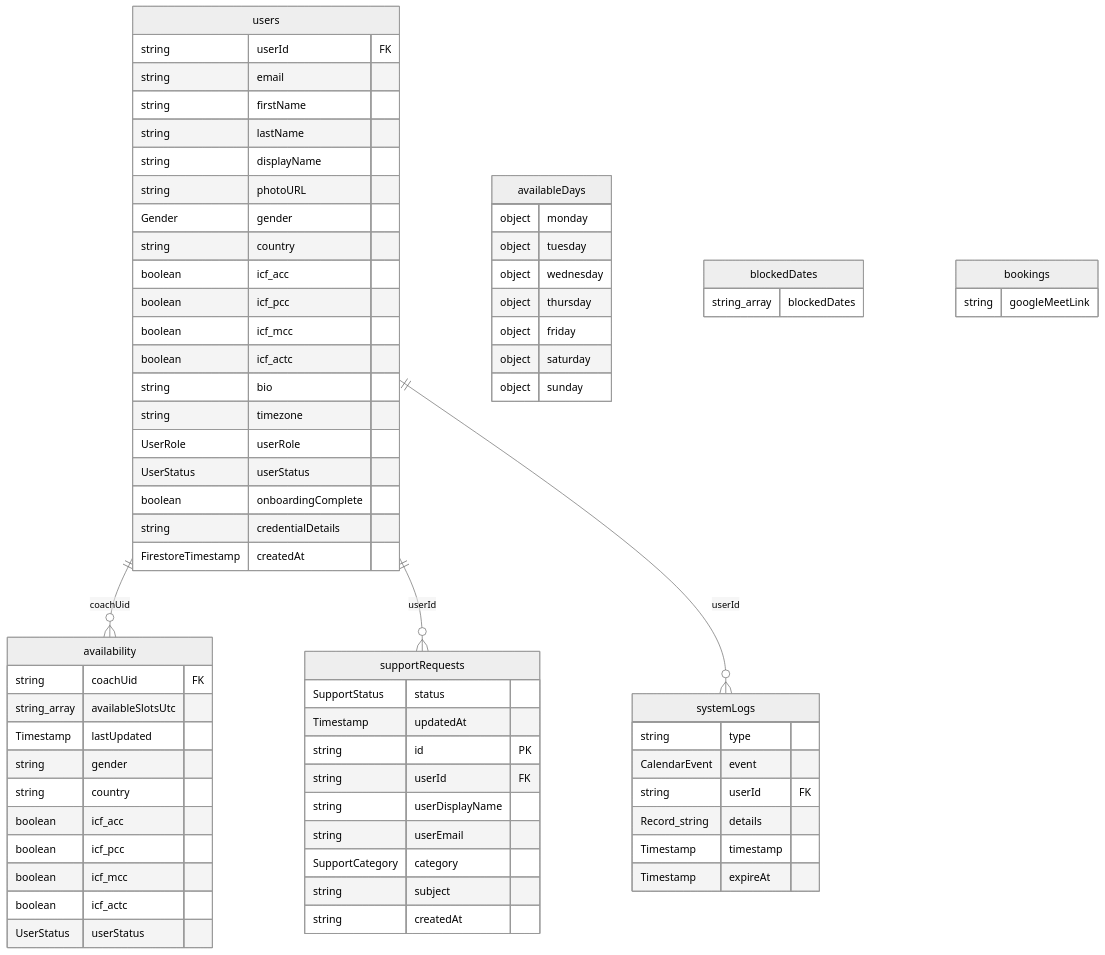
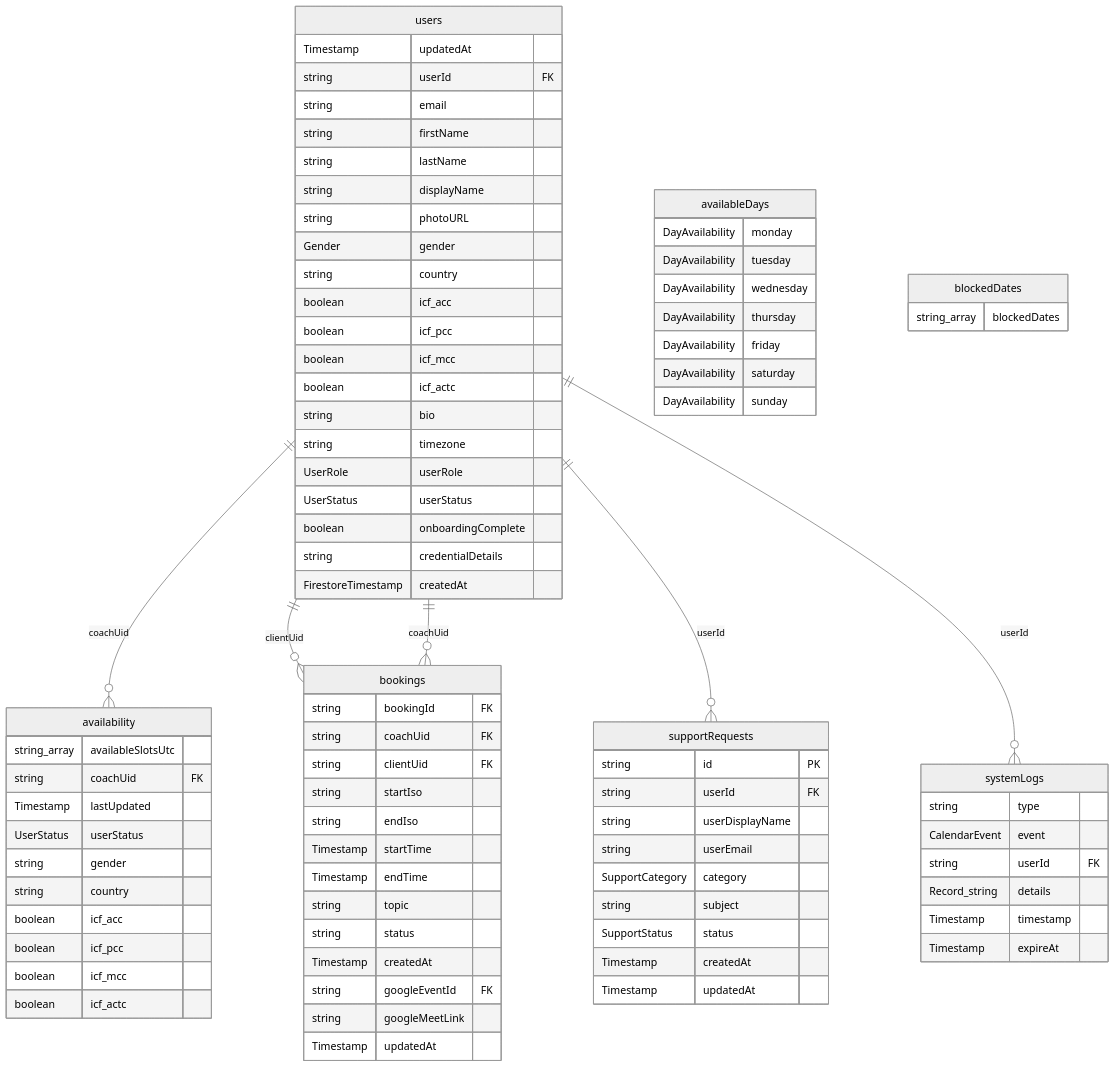
One commit to premkumar-masilamani/peer-coaching-network changed the diagram in docs/schema-erd.md. Above: the diagram before and after it, drawn with Mermaid (neutral theme). The commit also changed other lines of this file and 1 other file, not shown here.

Commit message:
fix: improve ERD parser to detect Admin SDK writes and connect bookings to users

````diff
--- a/docs/schema-erd.md
+++ b/docs/schema-erd.md
@@ -11,30 +11,32 @@
 ```mermaid
 erDiagram
     users ||--o{ availability : "coachUid"
+    users ||--o{ bookings : "clientUid"
+    users ||--o{ bookings : "coachUid"
     users ||--o{ supportRequests : "userId"
     users ||--o{ systemLogs : "userId"
 
     availability {
+        string_array availableSlotsUtc
         string coachUid FK
-        string_array availableSlotsUtc
         Timestamp lastUpdated
+        UserStatus userStatus
         string gender
         string country
         boolean icf_acc
         boolean icf_pcc
         boolean icf_mcc
         boolean icf_actc
-        UserStatus userStatus
     }
 
     availableDays {
-        object monday
-        object tuesday
-        object wednesday
-        object thursday
-        object friday
-        object saturday
-        object sunday
+        DayAvailability monday
+        DayAvailability tuesday
+        DayAvailability wednesday
+        DayAvailability thursday
+        DayAvailability friday
+        DayAvailability saturday
+        DayAvailability sunday
     }
 
     blockedDates {
@@ -42,19 +44,31 @@
     }
 
     bookings {
+        string bookingId FK
+        string coachUid FK
+        string clientUid FK
+        string startIso
+        string endIso
+        Timestamp startTime
+        Timestamp endTime
+        string topic
+        string status
+        Timestamp createdAt
+        string googleEventId FK
         string googleMeetLink
+        Timestamp updatedAt
     }
 
     supportRequests {
-        SupportStatus status
-        Timestamp updatedAt
         string id PK
         string userId FK
         string userDisplayName
         string userEmail
         SupportCategory category
         string subject
-        string createdAt
+        SupportStatus status
+        Timestamp createdAt
+        Timestamp updatedAt
     }
 
     systemLogs {
@@ -67,6 +81,7 @@
     }
 
     users {
+        Timestamp updatedAt
         string userId FK
         string email
         string firstName
````
